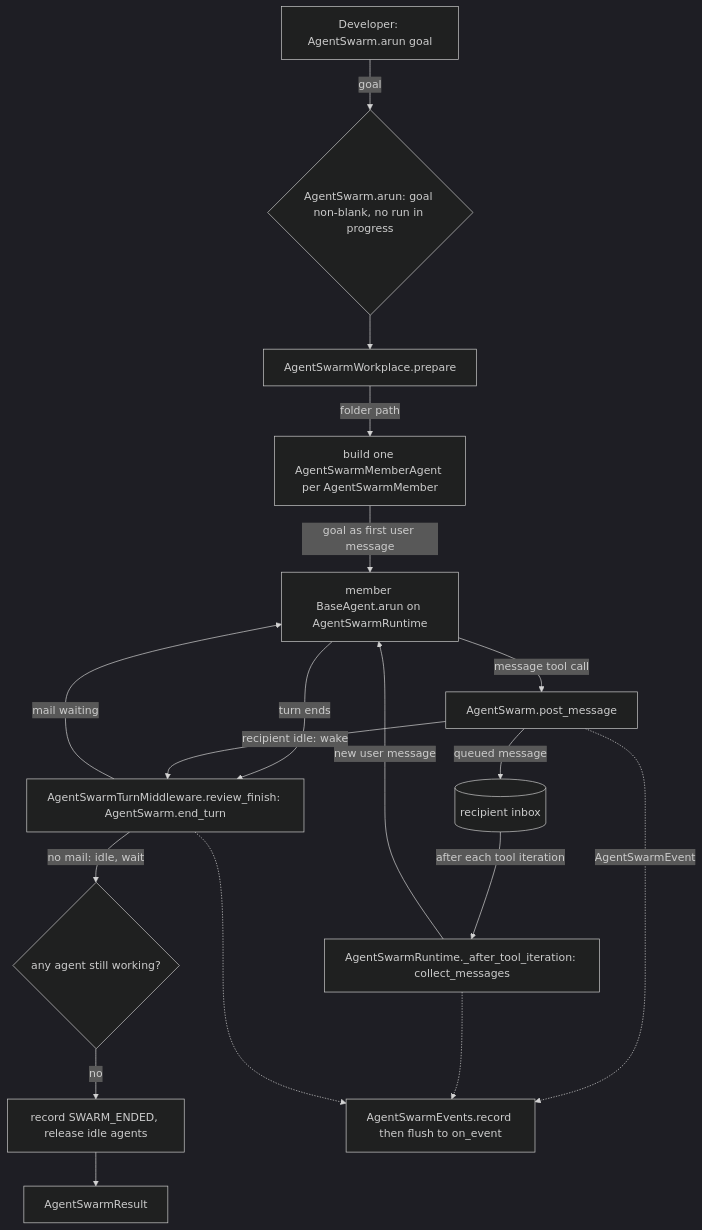
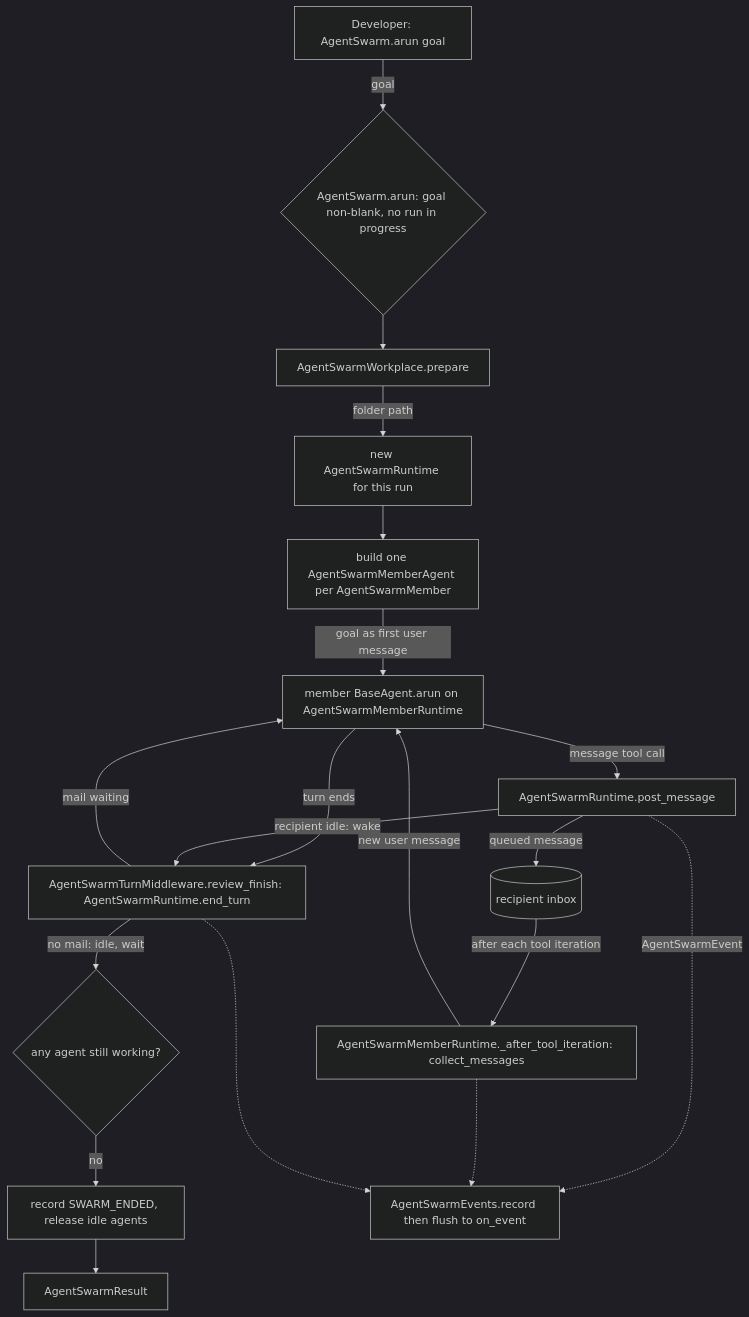
One commit to cerredz/Vidbyte-SDK changed the first of 3 diagrams in docs/spec/agent-swarm/spec.md. Above: the diagram before and after it, drawn with Mermaid (dark theme). The commit also changed other lines of this file and 1 other file, not shown here.

Commit message:
docs(spec): revise agent-swarm spec r2 (S1 review round 1)

````diff
--- a/docs/spec/agent-swarm/spec.md
+++ b/docs/spec/agent-swarm/spec.md
@@ -108,20 +108,21 @@
 ```mermaid
 flowchart TD
   D[Developer: AgentSwarm.arun goal] -->|goal| C{AgentSwarm.arun: goal non-blank, no run in progress}
   C --> W[AgentSwarmWorkplace.prepare]
-  W -->|folder path| B[build one AgentSwarmMemberAgent per AgentSwarmMember]
-  B -->|goal as first user message| L[member BaseAgent.arun on AgentSwarmRuntime]
-  L -->|message tool call| P[AgentSwarm.post_message]
+  W -->|folder path| N[new AgentSwarmRuntime for this run]
+  N --> B[build one AgentSwarmMemberAgent per AgentSwarmMember]
+  B -->|goal as first user message| L[member BaseAgent.arun on AgentSwarmMemberRuntime]
+  L -->|message tool call| P[AgentSwarmRuntime.post_message]
   P -->|queued message| I[(recipient inbox)]
-  I -->|after each tool iteration| R[AgentSwarmRuntime._after_tool_iteration: collect_messages]
+  I -->|after each tool iteration| R[AgentSwarmMemberRuntime._after_tool_iteration: collect_messages]
   R -->|new user message| L
-  L -->|turn ends| T[AgentSwarmTurnMiddleware.review_finish: AgentSwarm.end_turn]
+  L -->|turn ends| T[AgentSwarmTurnMiddleware.review_finish: AgentSwarmRuntime.end_turn]
   T -->|mail waiting| L
   T -->|no mail: idle, wait| Q{any agent still working?}
   P -->|recipient idle: wake| T
   Q -->|no| E[record SWARM_ENDED, release idle agents]
   E --> Z[AgentSwarmResult]
   P -.->|AgentSwarmEvent| V[AgentSwarmEvents.record then flush to on_event]
   R -.-> V
   T -.-> V
 ```
````
